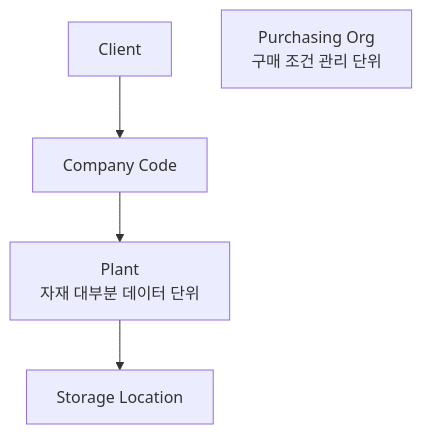
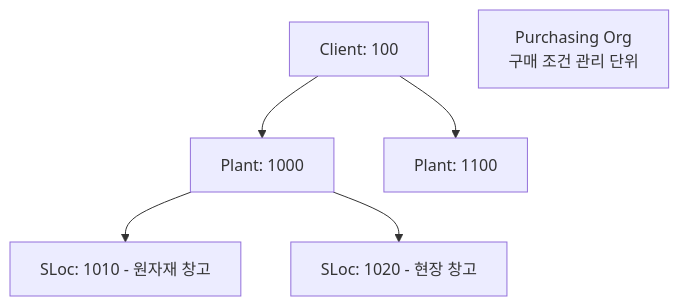
The first of 2 diagrams in docs/_master-data/01-material-master.md (jhmin1993/mm), drawn with Mermaid before and after one commit. The commit also changed other lines of this file and 4 other files, not shown here.

````diff
--- a/docs/_master-data/01-material-master.md
+++ b/docs/_master-data/01-material-master.md
@@ -17,7 +102,8 @@
 ```mermaid
 graph TD
-    Client --> CC["Company Code"]
-    CC --> Plant["Plant<br/>자재 대부분 데이터 단위"]
-    Plant --> SLoc["Storage Location"]
+    Client["Client: 100"] --> Plant1["Plant: 1000"]
+    Client --> Plant2["Plant: 1100"]
+    Plant1 --> SLoc1["SLoc: 1010 - 원자재 창고"]
+    Plant1 --> SLoc2["SLoc: 1020 - 현장 창고"]
     POrg["Purchasing Org<br/>구매 조건 관리 단위"]
 ```
````
